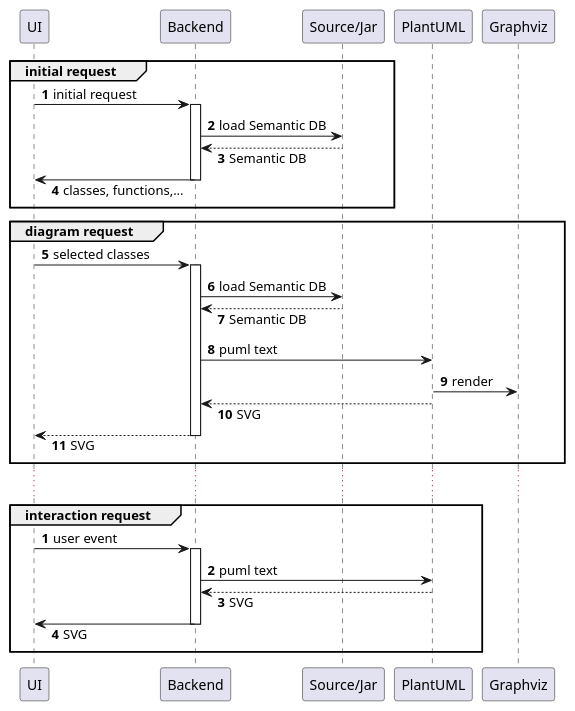
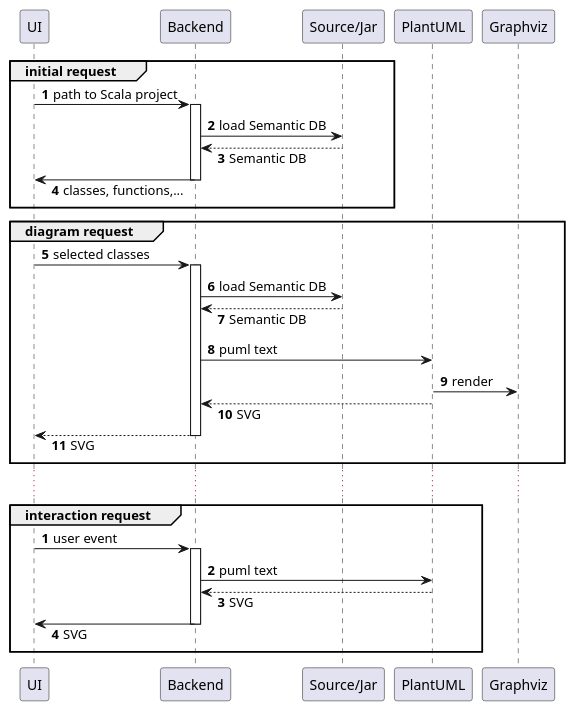
Before and after one commit to jpablo/type-explorer: the diagram in docs/architecture-v1.puml, drawn with PlantUML. The commit also changed 9 other files, not shown here.

```diff
--- a/docs/architecture-v1.puml
+++ b/docs/architecture-v1.puml
@@ -1,48 +1,48 @@
 @startuml
 'https://plantuml.com/sequence-diagram
 
 autonumber
 skinparam responseMessageBelowArrow true
 
 participant UI
 
 group initial request
-    UI -> Backend: initial request
+    UI -> Backend: path to Scala project
     activate Backend
 
         Backend -> "Source/Jar": load Semantic DB
         Backend <-- "Source/Jar": Semantic DB
 
         UI <- Backend: classes, functions,...
     deactivate Backend
 end
 
 group diagram request
     UI -> Backend: selected classes
     activate Backend
 
         Backend -> "Source/Jar": load Semantic DB
         Backend <-- "Source/Jar": Semantic DB
         Backend -> PlantUML: puml text
         PlantUML -> Graphviz : render
         Backend <-- PlantUML: SVG
         UI <-- Backend: SVG
     deactivate Backend
 end
 
 ...
 group interaction request
 
     autonumber 1
 
     UI -> Backend: user event
 
     activate Backend
 
     Backend -> PlantUML: puml text
     Backend <-- PlantUML: SVG
     UI <- Backend: SVG
     deactivate Backend
 end
 
 @enduml
```
